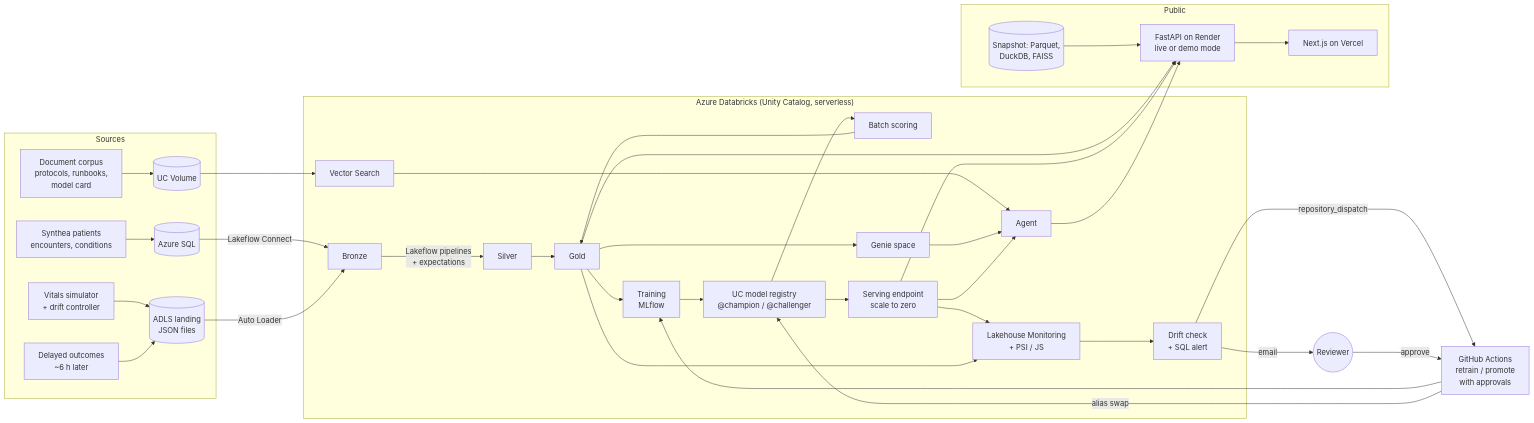
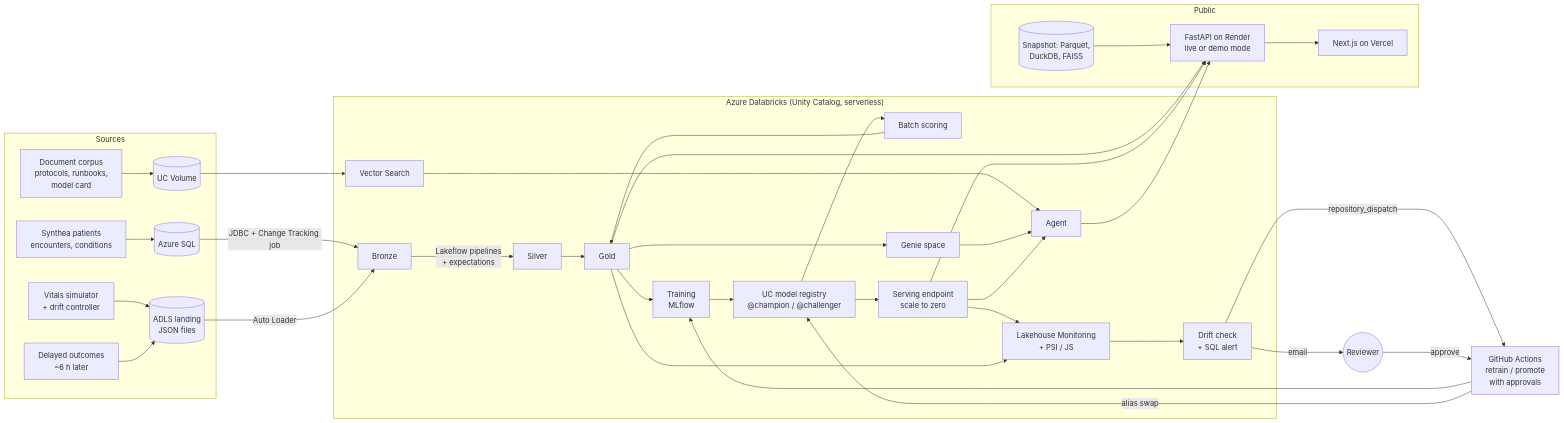
One commit to kelvin-meyet/HeavDen-Nexus-Databricks changed the diagram in README.md. Above: the diagram before and after it, drawn with Mermaid. The commit also changed other lines of this file and 9 other files, not shown here.

````diff
--- a/README.md
+++ b/README.md
@@ -66,43 +73,43 @@
 ```mermaid
 flowchart LR
   subgraph Sources
     SY[Synthea patients<br/>encounters, conditions] --> ASQL[(Azure SQL)]
     VS[Vitals simulator<br/>+ drift controller] --> ADLS[(ADLS landing<br/>JSON files)]
     LBL[Delayed outcomes<br/>~6 h later] --> ADLS
     DOCS[Document corpus<br/>protocols, runbooks,<br/>model card] --> VOL[(UC Volume)]
   end
 
   subgraph Databricks["Azure Databricks (Unity Catalog, serverless)"]
-    ASQL -- Lakeflow Connect --> B[Bronze]
+    ASQL -- JDBC + Change Tracking job --> B[Bronze]
     ADLS -- Auto Loader --> B
     B -- Lakeflow pipelines<br/>+ expectations --> S[Silver]
     S --> G[Gold]
     G --> TR[Training<br/>MLflow]
     TR --> REG[UC model registry<br/>@champion / @challenger]
     REG --> BS[Batch scoring]
     REG --> EP[Serving endpoint<br/>scale to zero]
     BS --> G
     EP --> LM[Lakehouse Monitoring<br/>+ PSI / JS]
     G --> LM
     LM --> AL[Drift check<br/>+ SQL alert]
     VOL --> VSI[Vector Search]
     G --> GEN[Genie space]
     VSI --> AG[Agent]
     GEN --> AG
     EP --> AG
   end
 
   AL -- email --> ME((Reviewer))
   AL -- repository_dispatch --> GH[GitHub Actions<br/>retrain / promote<br/>with approvals]
   ME -- approve --> GH
   GH --> TR
   GH -- alias swap --> REG
 
   subgraph Public
     API[FastAPI on Render<br/>live or demo mode] --> UI[Next.js on Vercel]
     SNAP[(Snapshot: Parquet,<br/>DuckDB, FAISS)] --> API
   end
   G --> API
   EP --> API
   AG --> API
 ```
````
